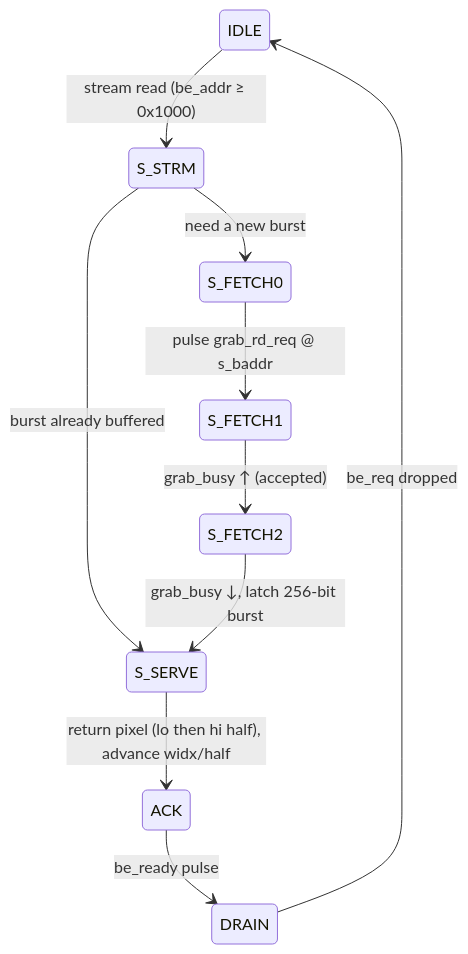
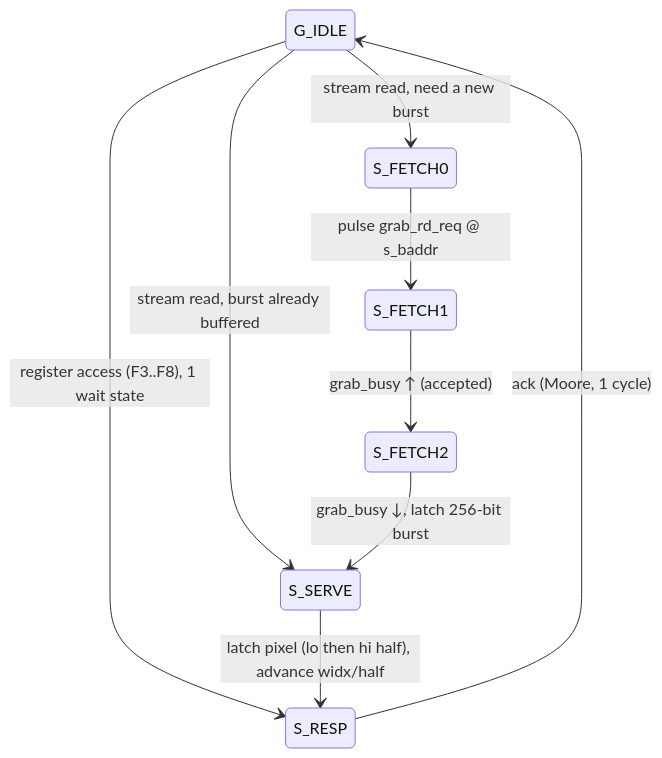
One commit to phoenix367/tang_nano_9K_ov7670 changed the third of 3 diagrams in doc/modbus_server.md. Above: the diagram before and after it, drawn with Mermaid. The commit also changed other lines of this file and 46 other files, not shown here.

````diff
--- a/doc/modbus_server.md
+++ b/doc/modbus_server.md
@@ -179,12 +241,11 @@
 ```mermaid
 stateDiagram-v2
-    IDLE --> S_STRM: stream read (be_addr ≥ 0x1000)
-    S_STRM --> S_SERVE: burst already buffered
-    S_STRM --> S_FETCH0: need a new burst
+    G_IDLE --> S_RESP: register access (F3..F8), 1 wait state
+    G_IDLE --> S_SERVE: stream read, burst already buffered
+    G_IDLE --> S_FETCH0: stream read, need a new burst
     S_FETCH0 --> S_FETCH1: pulse grab_rd_req @ s_baddr
     S_FETCH1 --> S_FETCH2: grab_busy ↑ (accepted)
     S_FETCH2 --> S_SERVE: grab_busy ↓, latch 256-bit burst
-    S_SERVE --> ACK: return pixel (lo then hi half), advance widx/half
-    ACK --> DRAIN: be_ready pulse
-    DRAIN --> IDLE: be_req dropped
+    S_SERVE --> S_RESP: latch pixel (lo then hi half), advance widx/half
+    S_RESP --> G_IDLE: ack (Moore, 1 cycle)
 ```
````
